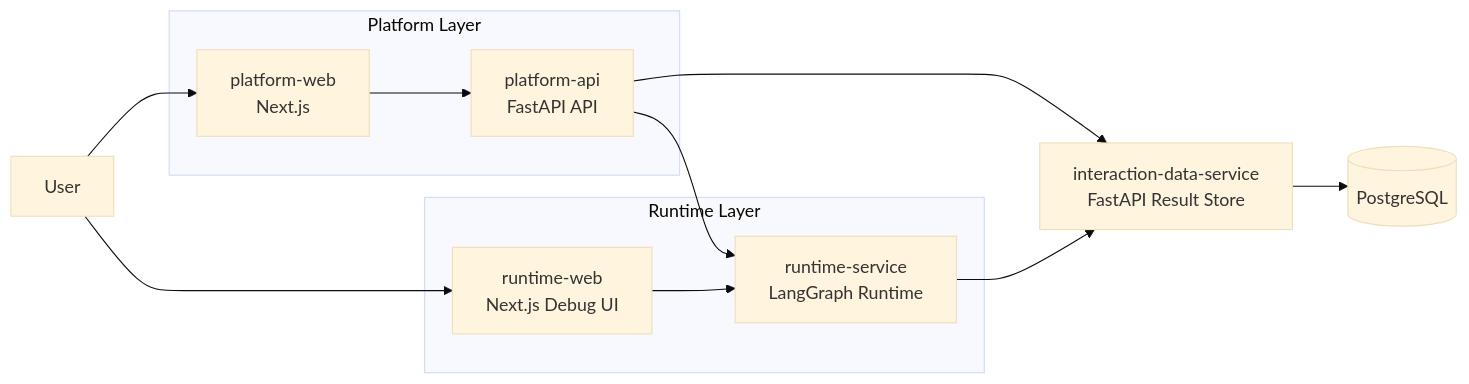
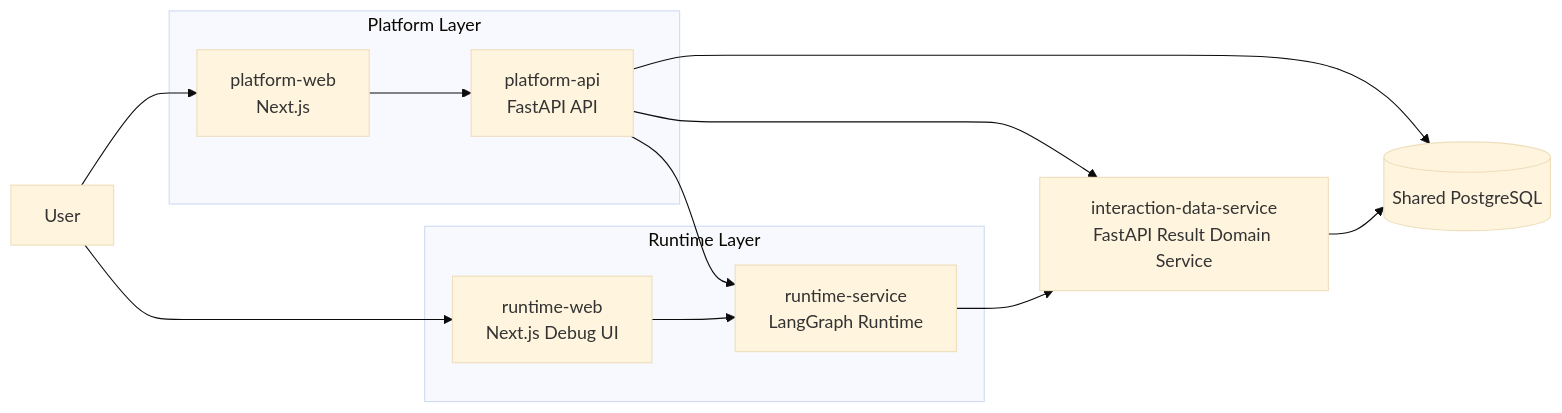
One commit to ljxpython/ai-agent-platform changed the diagram in README.md. Above: the diagram before and after it, drawn with Mermaid (base theme). The commit also changed other lines of this file, not shown here.

Commit message:
docs: fix interaction data service architecture diagram
Adjust the root README architecture section so interaction-data-service is described as a result domain service instead of a store, restore the platform-api to shared PostgreSQL link, and keep the high-level request chains aligned with the actual service responsibilities.

````diff
--- a/README.md
+++ b/README.md
@@ -46,28 +46,29 @@
 ```mermaid
 flowchart LR
     User[User]
 
     subgraph Platform[Platform Layer]
         PW[platform-web<br/>Next.js]
         PA[platform-api<br/>FastAPI API]
     end
 
     subgraph Runtime[Runtime Layer]
         RW[runtime-web<br/>Next.js Debug UI]
         RS[runtime-service<br/>LangGraph Runtime]
     end
 
-    IDS[interaction-data-service<br/>FastAPI Result Store]
-    DB[(PostgreSQL)]
+    IDS[interaction-data-service<br/>FastAPI Result Domain Service]
+    DB[(Shared PostgreSQL)]
 
     User --> PW
     User --> RW
 
     PW --> PA
     PA --> RS
+    PA --> DB
     PA --> IDS
 
     RW --> RS
     RS --> IDS
     IDS --> DB
 ```
````
